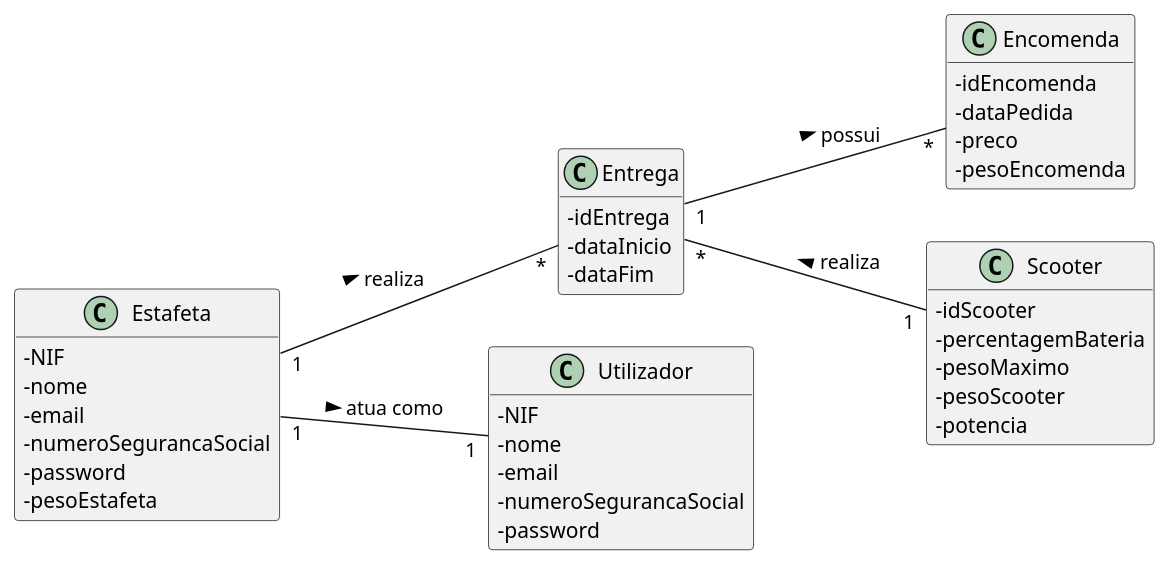
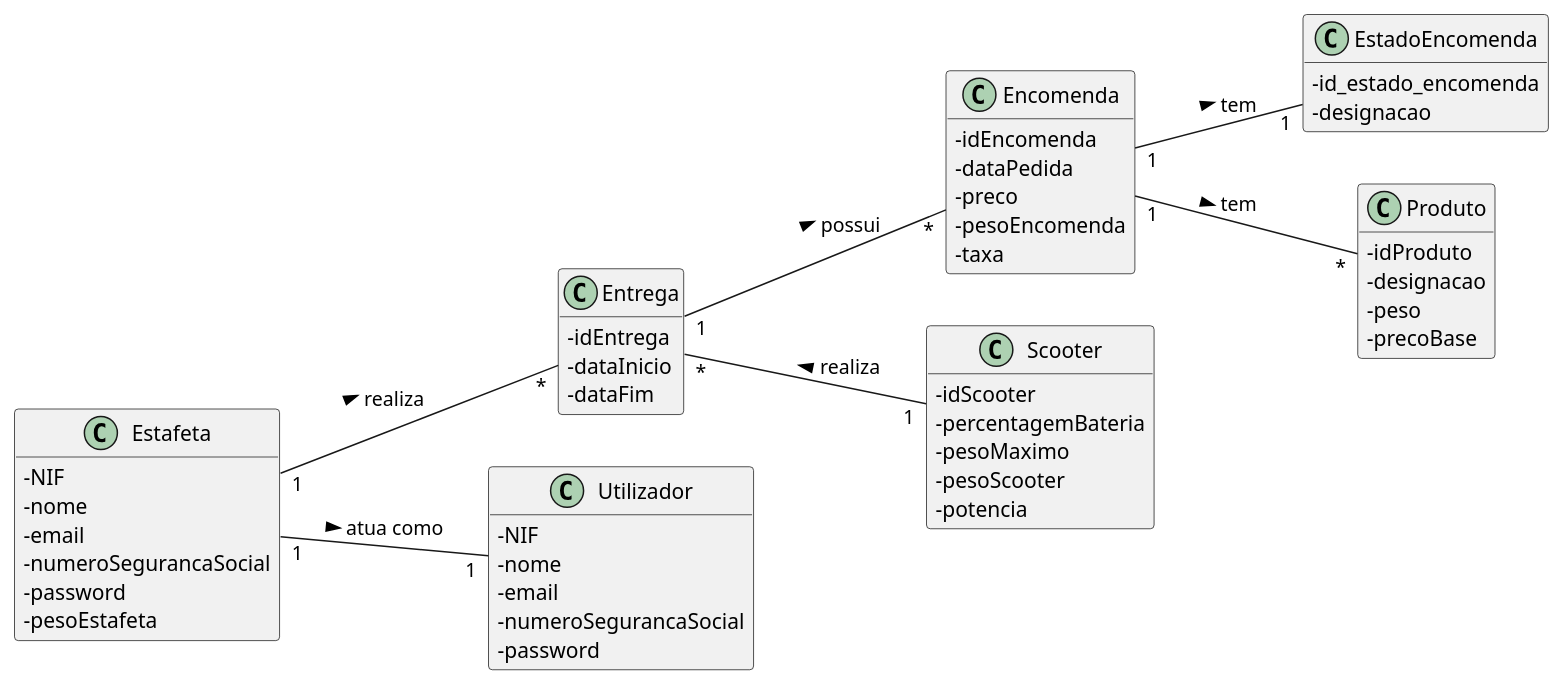
One commit to pedrolemos4/LAPR3 changed the diagram in docs/UC14/RegistoEntregaMD.puml. Above: the diagram before and after it, drawn with PlantUML. The commit also changed 1 other file, not shown here.

```diff
--- a/docs/UC14/RegistoEntregaMD.puml
+++ b/docs/UC14/RegistoEntregaMD.puml
@@ -1,49 +1,64 @@
 @startuml
 skinparam classAttributeIconSize 0
 hide methods
 left to right direction
 
 class Entrega {
   -idEntrega
   -dataInicio
   -dataFim
 }
 
 class Encomenda {
   -idEncomenda
   -dataPedida
   -preco
   -pesoEncomenda
+  -taxa
 }
 
 class Estafeta {
   -NIF
   -nome
   -email
   -numeroSegurancaSocial
   -password
   -pesoEstafeta
 }
 
 class Scooter {
   -idScooter
   -percentagemBateria
   -pesoMaximo
   -pesoScooter
   -potencia
 }
 
 class Utilizador {
   -NIF
   -nome
   -email
   -numeroSegurancaSocial
   -password
 }
 
+class EstadoEncomenda {
+  -id_estado_encomenda
+  -designacao
+}
+
+class Produto {
+  -idProduto
+  -designacao
+  -peso
+  -precoBase
+}
+
 Estafeta "1" -- "1" Utilizador: atua como >
 Entrega "1" -- "*" Encomenda : possui >
 Estafeta "1" -- "*" Entrega: realiza >
 Entrega "*" -- "1" Scooter: realiza <
+Encomenda "1" -- "*" Produto: tem >
+Encomenda "1" -- "1" EstadoEncomenda : tem >
 
 @enduml
```
